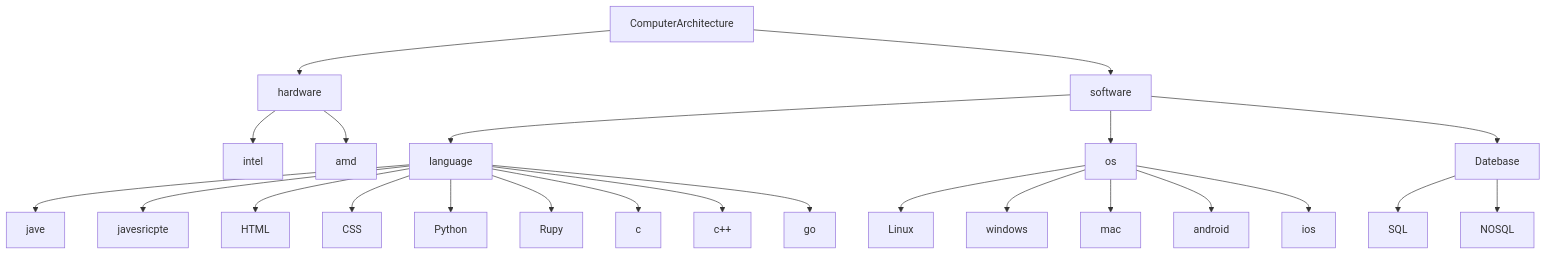
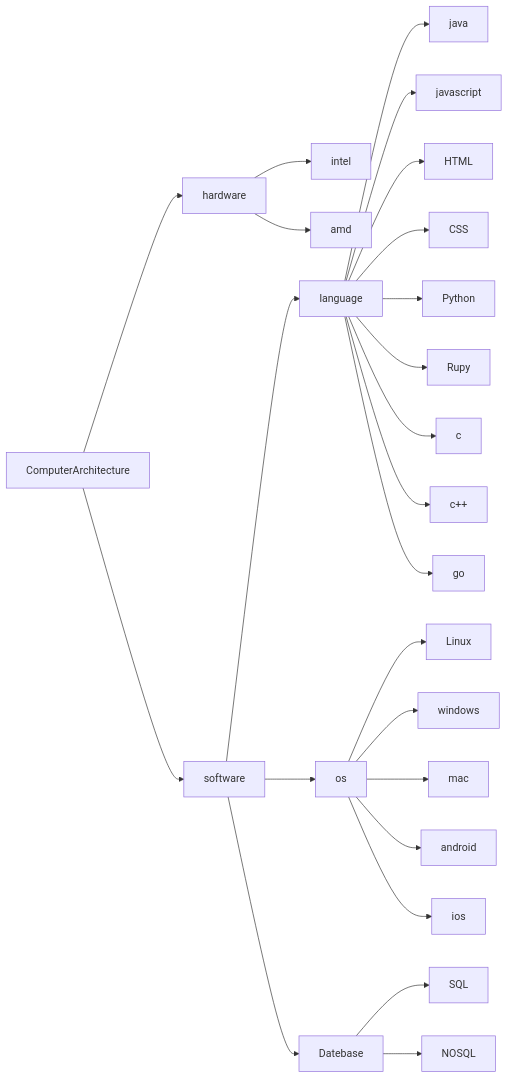
One commit to qmarsun/computer changed the diagram in computer1.md. Above: the diagram before and after it, drawn with Mermaid.

````diff
--- a/computer1.md
+++ b/computer1.md
@@ -1,37 +1,32 @@
 ```mermaid
-graph TD;
+graph LR;
     ComputerArchitecture-->hardware;
     ComputerArchitecture-->software;
     hardware-->intel
     hardware-->amd
     
     software-->language;
     software-->os;
     software-->Datebase;
     Datebase-->SQL
     Datebase-->NOSQL
     
-    language-->jave
-    language-->javesricpte
+    language-->java
+    language-->javascript
     language-->HTML
     language-->CSS
     language-->Python
     language-->Rupy
 
     language-->c
     language-->c++
     language-->go
    
     os-->Linux
     os-->windows
 
     os-->mac
     os-->android
     os-->ios
-    
-    
-    
-    
 
-    
 ``` 
````
